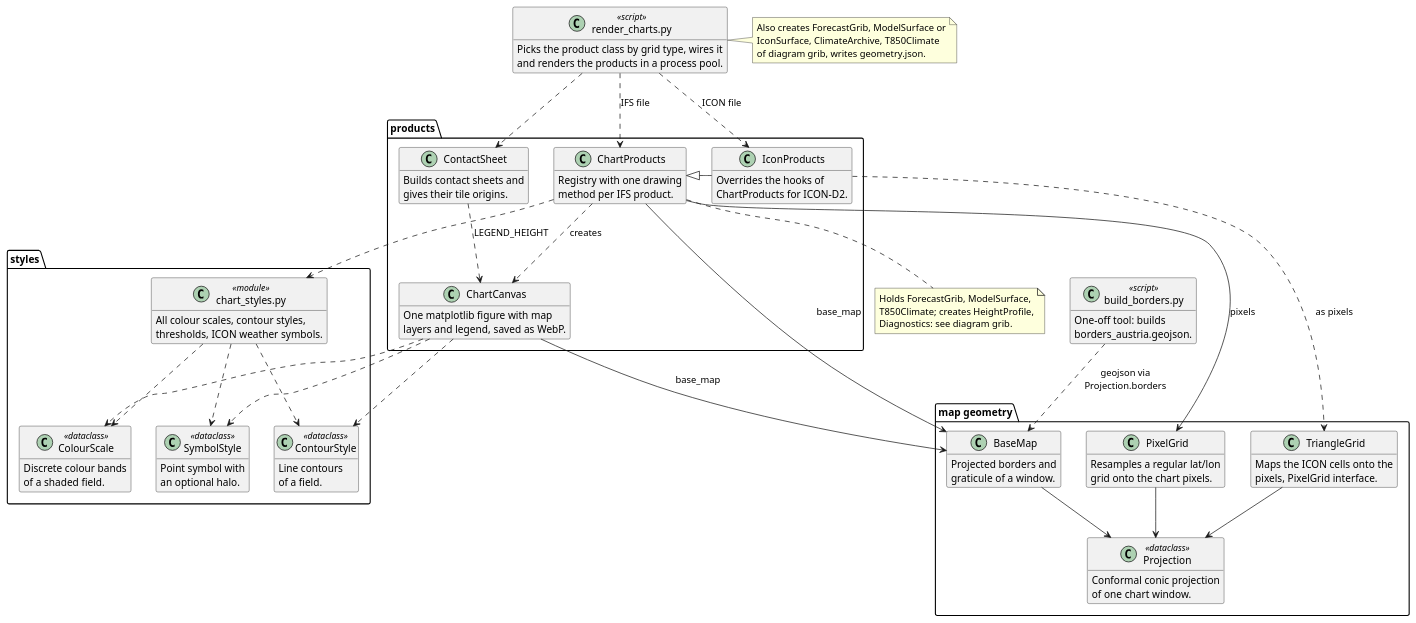
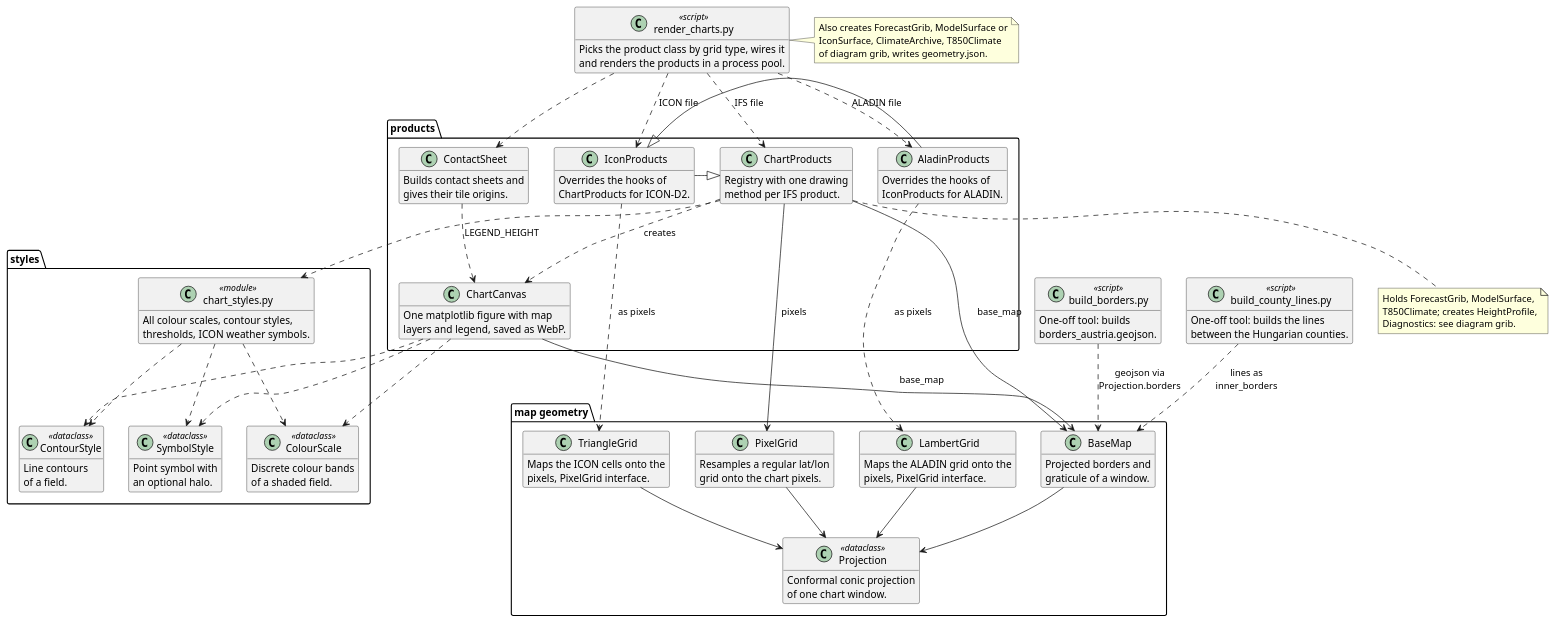
Before and after one commit to schletz/wetterkartenviewer: the fifth of 5 diagrams in REFERENCE.scripts.md, drawn with PlantUML. The commit also changed other lines of this file and 52 other files, not shown here.

First line of the commit message:
Add CHMI ALADIN maps for Austria and Hungary [skip ci]

```diff
--- a/REFERENCE.scripts.md
+++ b/REFERENCE.scripts.md
@@ -434,6 +486,10 @@
  One-off tool: builds
  borders_austria.geojson.
 }
+class "build_county_lines.py" as build_county_lines <<script>> {
+ One-off tool: builds the lines
+ between the Hungarian counties.
+}
 package "products" {
  class ChartProducts {
  Registry with one drawing
@@ -442,6 +498,10 @@
  class IconProducts {
  Overrides the hooks of
  ChartProducts for ICON-D2.
+ }
+ class AladinProducts {
+ Overrides the hooks of
+ IconProducts for ALADIN.
  }
  class ChartCanvas {
  One matplotlib figure with map
@@ -488,6 +548,10 @@
  Maps the ICON cells onto the
  pixels, PixelGrid interface.
  }
+ class LambertGrid {
+ Maps the ALADIN grid onto the
+ pixels, PixelGrid interface.
+ }
  class BaseMap {
  Projected borders and
  graticule of a window.
@@ -495,8 +559,13 @@
 }
 render_charts ..> ChartProducts : IFS file
 render_charts ..> IconProducts : ICON file
+render_charts ..> AladinProducts : ALADIN file
 render_charts ..> ContactSheet
 IconProducts -|> ChartProducts
+AladinProducts -|> IconProducts
+AladinProducts ..> LambertGrid : as pixels
+LambertGrid --> Projection
+build_county_lines ..> BaseMap : lines as\ninner_borders
 ChartProducts --> BaseMap : base_map
 ChartProducts --> PixelGrid : pixels
 IconProducts ..> TriangleGrid : as pixels
```
